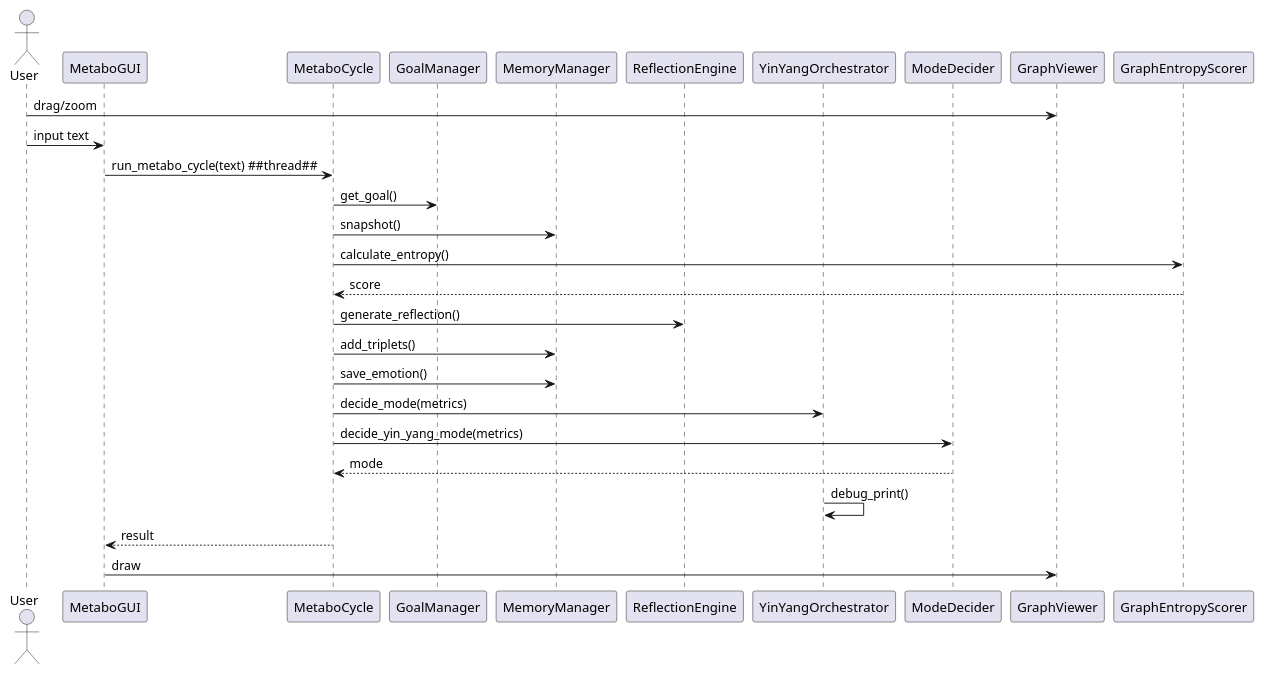
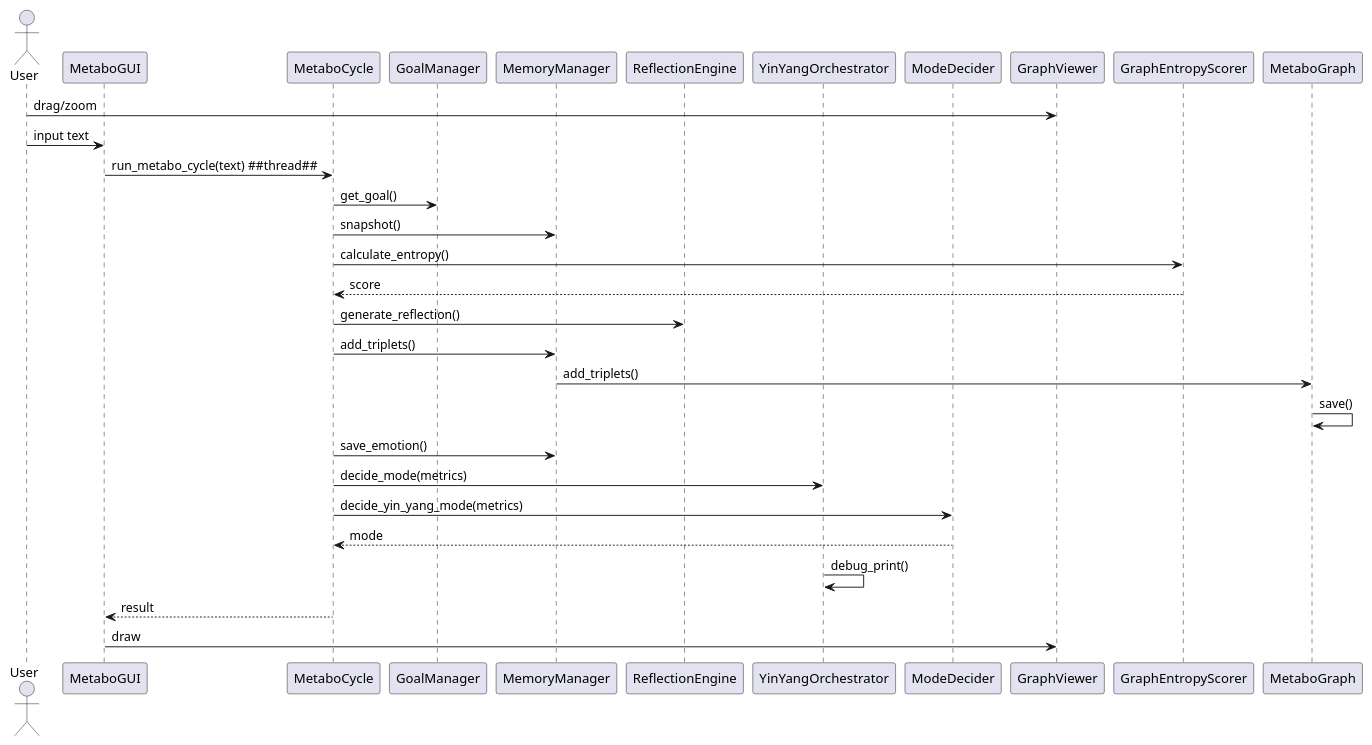
One commit to marcusreimold/MetaboMind changed the diagram in doc/diagrams/sequence_diagram.puml. Above: the diagram before and after it, drawn with PlantUML. The commit also changed 7 other files, not shown here.

```diff
--- a/doc/diagrams/sequence_diagram.puml
+++ b/doc/diagrams/sequence_diagram.puml
@@ -1,29 +1,31 @@
 @startuml
 '/ updated after emotion-mode fix
 actor User
 participant MetaboGUI
 participant MetaboCycle
 participant GoalManager
 participant MemoryManager
 participant ReflectionEngine
 participant YinYangOrchestrator
 participant ModeDecider
 participant GraphViewer
 participant GraphEntropyScorer
 User -> GraphViewer: drag/zoom
 User -> MetaboGUI: input text
 MetaboGUI -> MetaboCycle: run_metabo_cycle(text) ##thread##
 MetaboCycle -> GoalManager: get_goal()
 MetaboCycle -> MemoryManager: snapshot()
 MetaboCycle -> GraphEntropyScorer: calculate_entropy()
 GraphEntropyScorer --> MetaboCycle: score
 MetaboCycle -> ReflectionEngine: generate_reflection()
 MetaboCycle -> MemoryManager: add_triplets()
+MemoryManager -> MetaboGraph: add_triplets()
+MetaboGraph -> MetaboGraph: save()
 MetaboCycle -> MemoryManager: save_emotion()
 MetaboCycle -> YinYangOrchestrator: decide_mode(metrics)
 MetaboCycle -> ModeDecider: decide_yin_yang_mode(metrics)
 ModeDecider --> MetaboCycle: mode
 YinYangOrchestrator -> YinYangOrchestrator: debug_print()
 MetaboCycle --> MetaboGUI: result
 MetaboGUI -> GraphViewer: draw
 @enduml
```
